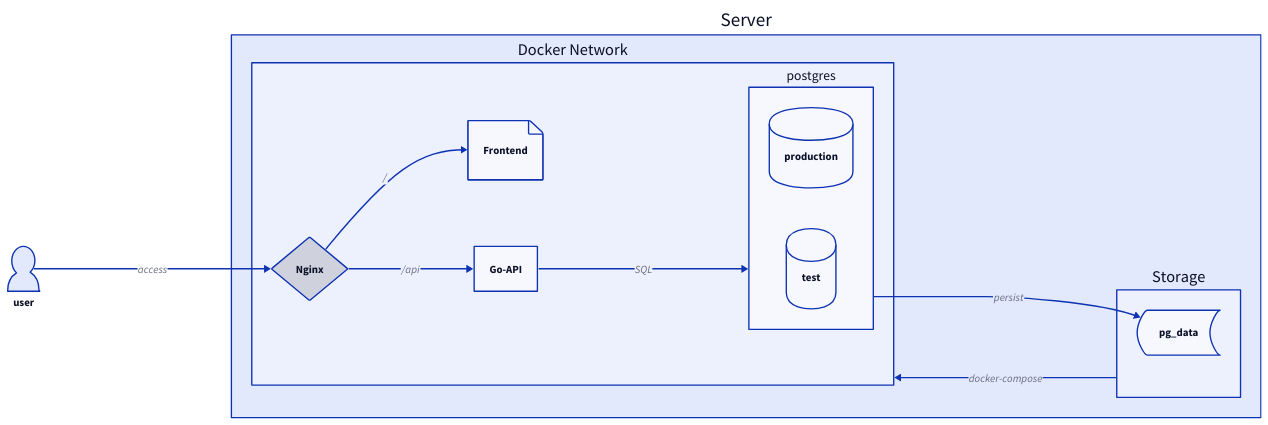
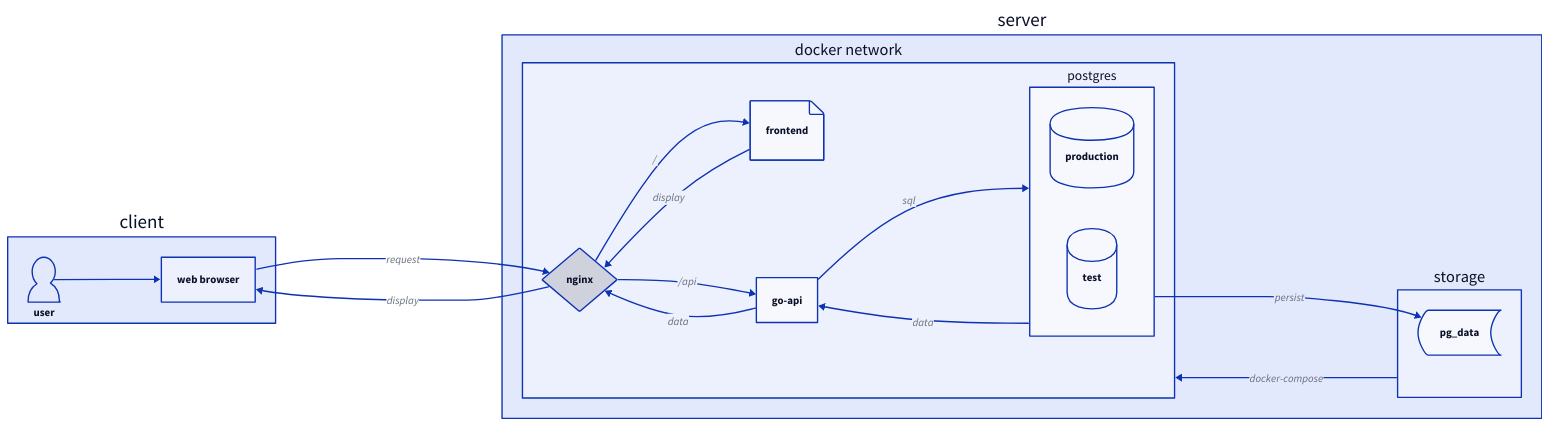
Before and after one commit to jakesmith-101/psychic-waffle: the diagram in plan.d2, drawn with D2.

Commit message:
More details

```diff
--- a/plan.d2
+++ b/plan.d2
@@ -1,36 +1,45 @@
-Server: {
-  Docker Network: {
-    Nginx: {
+# Root
+client: {
+  user: {
+    shape: person
+  }
+  user -> web browser
+}
+
+server: {
+  docker network: {
+    nginx: {
       shape: diamond
     }
-    Frontend: {
+    frontend: {
       shape: page
     }
-    Go-API
+    go-api
 
     postgres: {
       production: {
         shape: cylinder
       }
       test: {
         shape: cylinder
       }
     }
 
-    Nginx -> Go-API: /api
-    Nginx -> Frontend: /
-    Go-API -> postgres: SQL
+    nginx -> go-api: /api
+    nginx -> frontend: /
+    go-api -> postgres: sql
+
+    postgres -> go-api -> nginx: data
   }
-  Storage: {
+  storage: {
     pg_data: {
       shape: stored_data
     }
   }
-  Docker Network.postgres -> Storage.pg_data: persist
-  Storage -> Docker Network: docker-compose
+  docker network.postgres -> storage.pg_data: persist
+  storage -> docker network: docker-compose
 }
-user: {
-  shape: person
-}
-user -> Server.Docker Network.Nginx: access
+
+client.web browser -> server.docker network.nginx: request
+server.docker network.frontend -> server.docker network.nginx -> client.web browser: display
 direction: right
```
